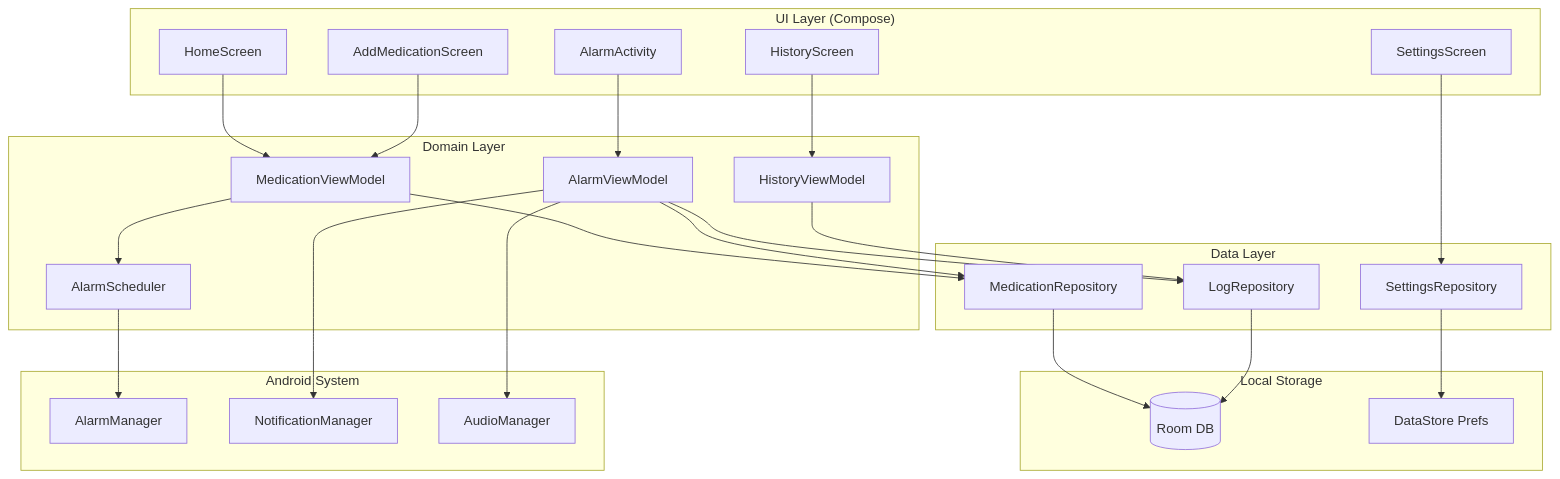
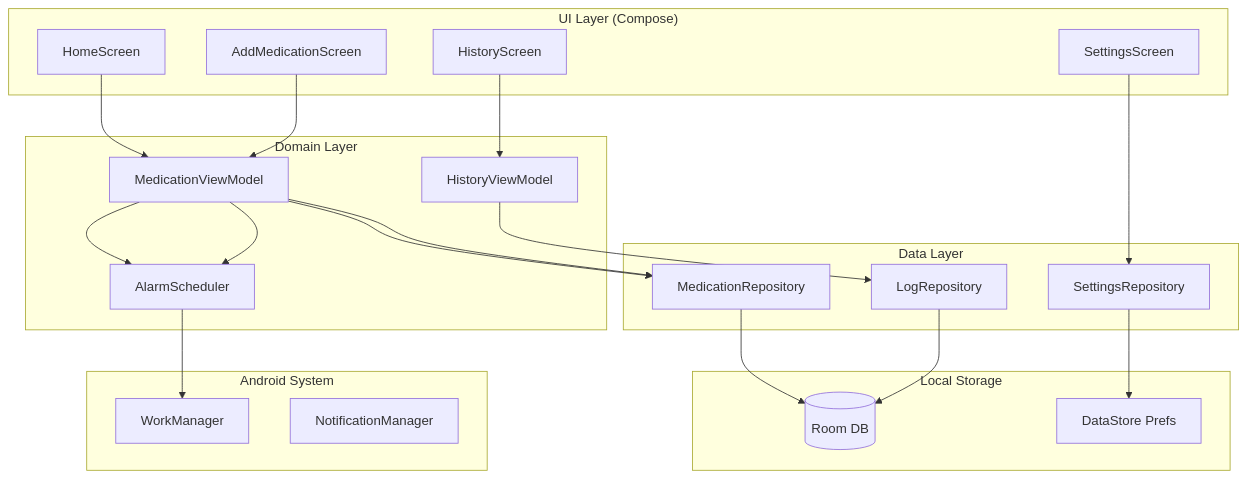
One commit to Tawnylizard/Tabl changed the diagram in docs/Architecture.md. Above: the diagram before and after it, drawn with Mermaid. The commit also changed other lines of this file and 7 other files, not shown here.

First line of the commit message:
docs: replace alarm activity with push notifications

````diff
--- a/docs/Architecture.md
+++ b/docs/Architecture.md
@@ -13,51 +13,45 @@
 ```mermaid
 graph TB
     subgraph UI["UI Layer (Compose)"]
         A[HomeScreen] 
         B[AddMedicationScreen]
-        C[AlarmActivity]
         D[HistoryScreen]
         E[SettingsScreen]
     end
 
     subgraph Domain["Domain Layer"]
         F[MedicationViewModel]
-        G[AlarmViewModel]
         H[HistoryViewModel]
         I[AlarmScheduler]
     end
 
     subgraph Data["Data Layer"]
         J[MedicationRepository]
         K[LogRepository]
         L[SettingsRepository]
     end
 
     subgraph Local["Local Storage"]
         M[(Room DB)]
         N[DataStore Prefs]
     end
 
     subgraph System["Android System"]
-        O[AlarmManager]
+        O[WorkManager]
         P[NotificationManager]
-        Q[AudioManager]
     end
 
     A --> F
     B --> F
-    C --> G
     D --> H
     E --> L
     F --> J
     F --> I
-    G --> J
-    G --> K
     H --> K
     I --> O
     J --> M
     K --> M
     L --> N
-    G --> P
-    G --> Q
+    F --> I
+    F --> J
 ```
````
